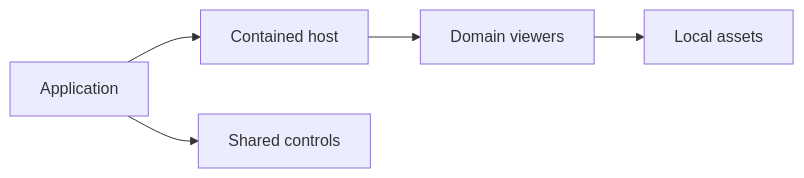
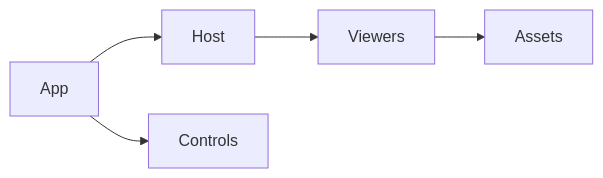
One commit to Valpatel/cad-agent changed the diagram in software/cadagent/webkit/README.md. Above: the diagram before and after it, drawn with Mermaid. The commit also changed other lines of this file and 1 other file, not shown here.

Commit message:
Keep canonical owner maps within the readable page column

````diff
--- a/software/cadagent/webkit/README.md
+++ b/software/cadagent/webkit/README.md
@@ -7,7 +7,7 @@
 ```mermaid
 flowchart LR
-  App[Application] --> Host[Contained host]
-  Host --> Views[Domain viewers]
-  Views --> Assets[Local assets]
-  App --> UI[Shared controls]
+  App[App] --> Host[Host]
+  Host --> Views[Viewers]
+  Views --> Assets[Assets]
+  App --> UI[Controls]
 ```
````
